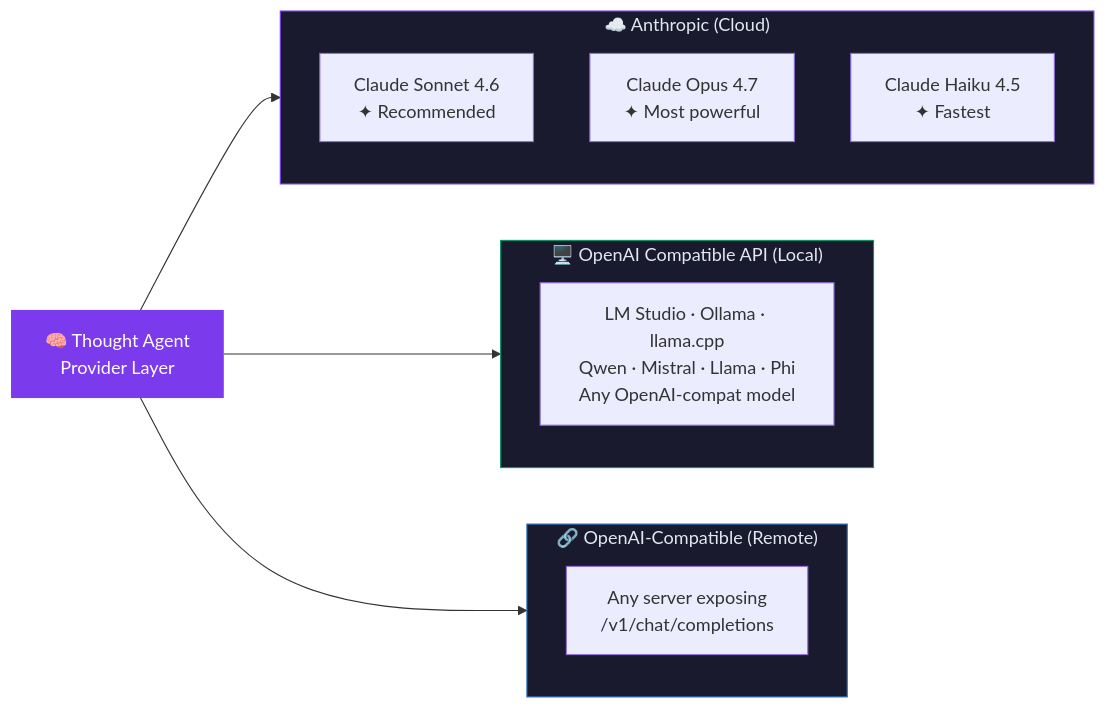
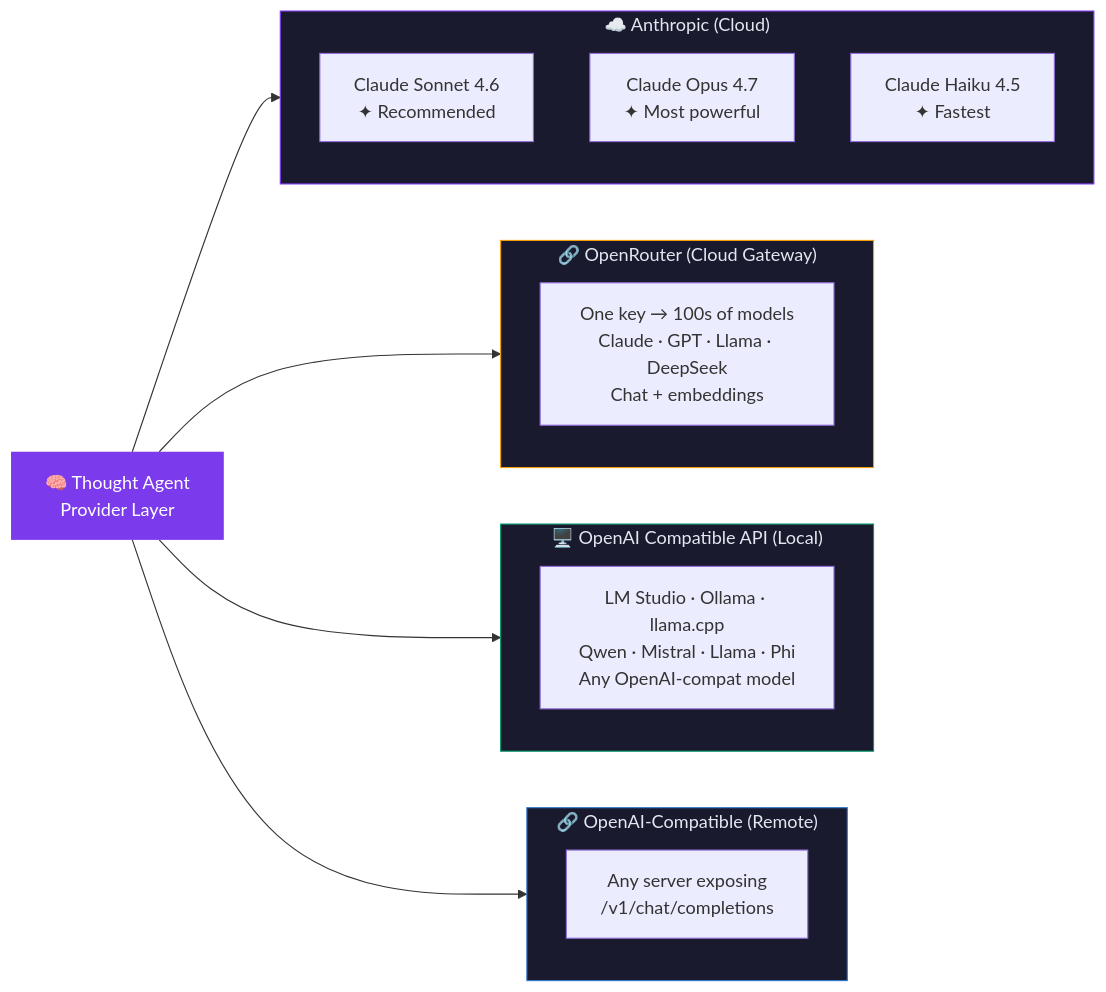
One commit to Tuguberk/Thought-Agent-Obsidian changed the second of 5 diagrams in README.md. Above: the diagram before and after it, drawn with Mermaid. The commit also changed other lines of this file, not shown here.

Commit message:
docs: document OpenRouter provider + embeddings, bump README to 1.1.0

````diff
--- a/README.md
+++ b/README.md
@@ -185,25 +194,31 @@
 ```mermaid
 flowchart LR
     TA["🧠 Thought Agent\nProvider Layer"] --> AN
+    TA --> OR
     TA --> LM
     TA --> OA
 
     subgraph AN["☁️ Anthropic (Cloud)"]
         C1["Claude Sonnet 4.6\n✦ Recommended"]
         C2["Claude Opus 4.7\n✦ Most powerful"]
         C3["Claude Haiku 4.5\n✦ Fastest"]
+    end
+
+    subgraph OR["🔗 OpenRouter (Cloud Gateway)"]
+        R1["One key → 100s of models\nClaude · GPT · Llama · DeepSeek\nChat + embeddings"]
     end
 
     subgraph LM["🖥️ OpenAI Compatible API (Local)"]
         L1["LM Studio · Ollama · llama.cpp\nQwen · Mistral · Llama · Phi\nAny OpenAI-compat model"]
     end
 
     subgraph OA["🔗 OpenAI-Compatible (Remote)"]
         O1["Any server exposing\n/v1/chat/completions"]
     end
 
     style TA fill:#7c3aed,color:#fff,stroke:none
     style AN fill:#1a1a2e,color:#e2e8f0,stroke:#7c3aed,stroke-width:1px
+    style OR fill:#1a1a2e,color:#e2e8f0,stroke:#f59e0b,stroke-width:1px
     style LM fill:#1a1a2e,color:#e2e8f0,stroke:#059669,stroke-width:1px
     style OA fill:#1a1a2e,color:#e2e8f0,stroke:#3178c6,stroke-width:1px
 ```
````
